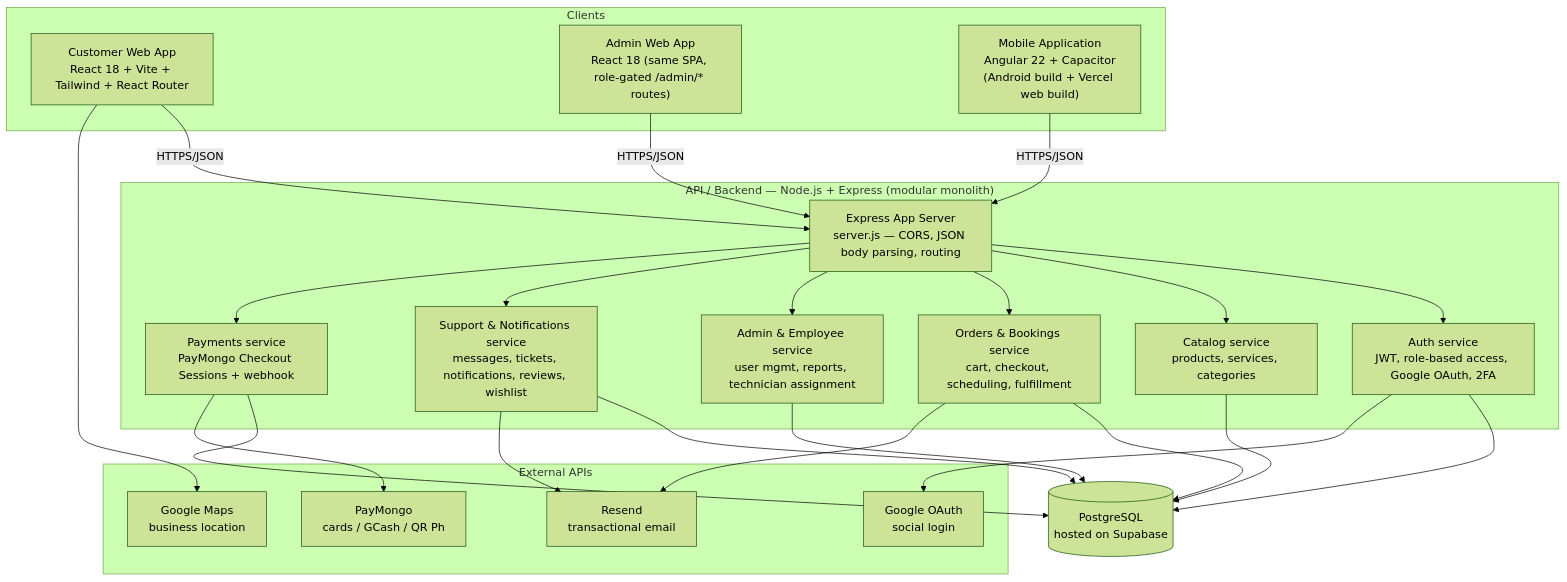
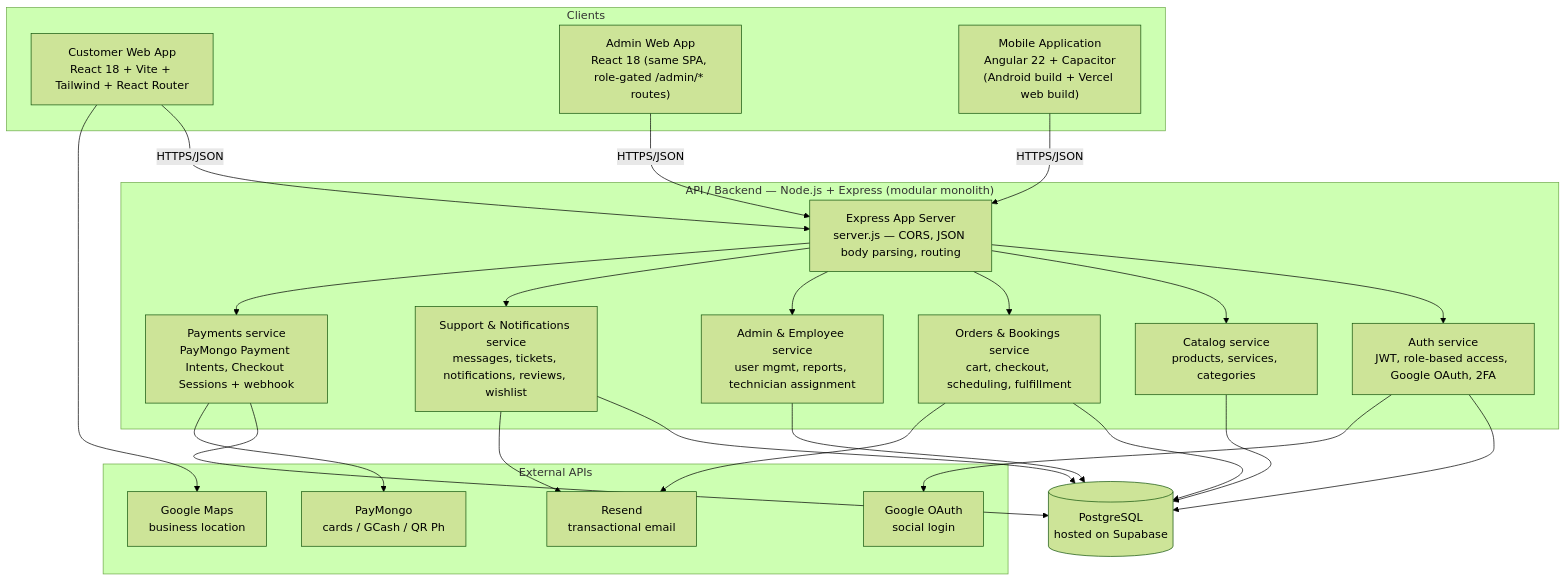
Before and after one commit to AdrianEstrecho/Homelink: the diagram in docs/ARCHITECTURE.md, drawn with Mermaid (forest theme). The commit also changed other lines of this file and 6 other files, not shown here.

````diff
--- a/docs/ARCHITECTURE.md
+++ b/docs/ARCHITECTURE.md
@@ -9,51 +9,51 @@
 ```mermaid
 flowchart TB
     subgraph Clients
         CW["Customer Web App<br/>React 18 + Vite + Tailwind + React Router"]
         AW["Admin Web App<br/>React 18 (same SPA, role-gated /admin/* routes)"]
         MA["Mobile Application<br/>Angular 22 + Capacitor<br/>(Android build + Vercel web build)"]
     end
 
     subgraph Backend["API / Backend — Node.js + Express (modular monolith)"]
         GW["Express App Server<br/>server.js — CORS, JSON body parsing, routing"]
         AUTH["Auth service<br/>JWT, role-based access, Google OAuth, 2FA"]
         CATALOG["Catalog service<br/>products, services, categories"]
         ORDERS["Orders & Bookings service<br/>cart, checkout, scheduling, fulfillment"]
         ADMIN["Admin & Employee service<br/>user mgmt, reports, technician assignment"]
         SUPPORT["Support & Notifications service<br/>messages, tickets, notifications, reviews, wishlist"]
-        PAY["Payments service<br/>PayMongo Checkout Sessions + webhook"]
+        PAY["Payments service<br/>PayMongo Payment Intents, Checkout Sessions + webhook"]
     end
 
     DB[("PostgreSQL<br/>hosted on Supabase")]
 
     subgraph External["External APIs"]
         RESEND["Resend<br/>transactional email"]
         GMAPS["Google Maps<br/>business location"]
         GOAUTH["Google OAuth<br/>social login"]
         PAYMONGO["PayMongo<br/>cards / GCash / QR Ph"]
     end
 
     CW -->|HTTPS/JSON| GW
     AW -->|HTTPS/JSON| GW
     MA -->|HTTPS/JSON| GW
 
     GW --> AUTH
     GW --> CATALOG
     GW --> ORDERS
     GW --> ADMIN
     GW --> SUPPORT
     GW --> PAY
 
     AUTH --> DB
     CATALOG --> DB
     ORDERS --> DB
     ADMIN --> DB
     SUPPORT --> DB
     PAY --> DB
 
     AUTH --> GOAUTH
     SUPPORT --> RESEND
     ORDERS --> RESEND
     CW --> GMAPS
     PAY --> PAYMONGO
 ```
````
